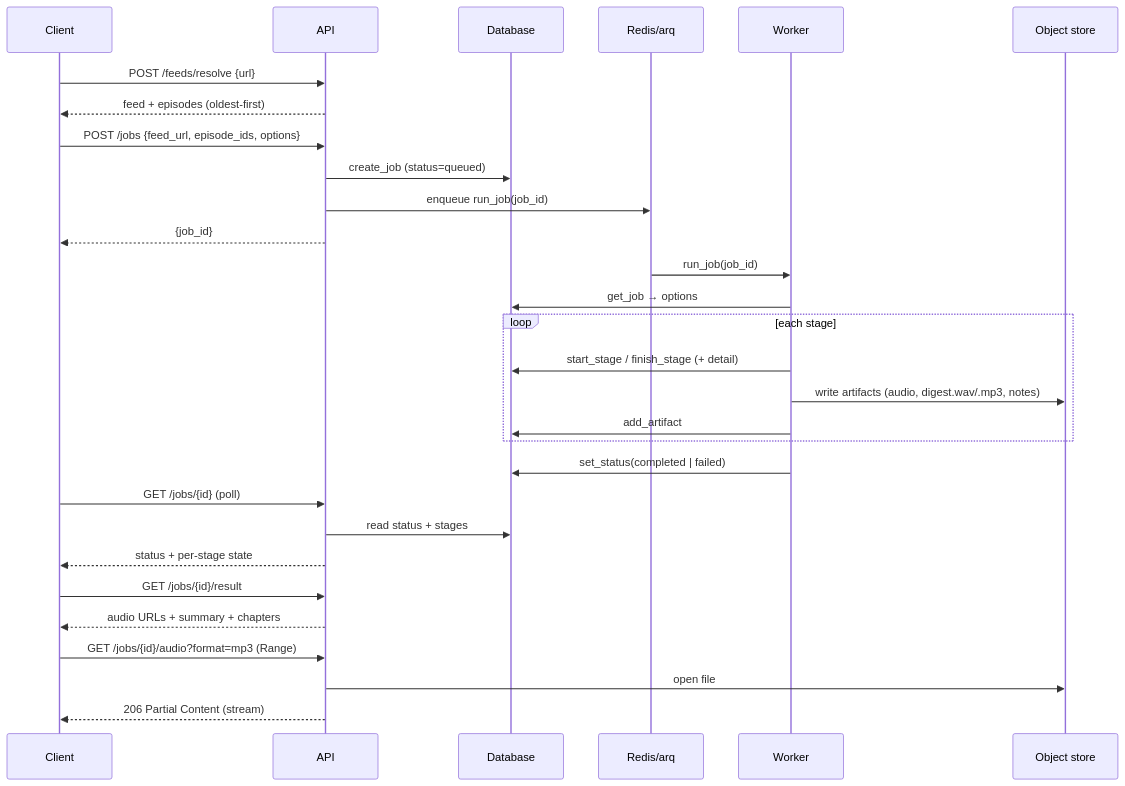
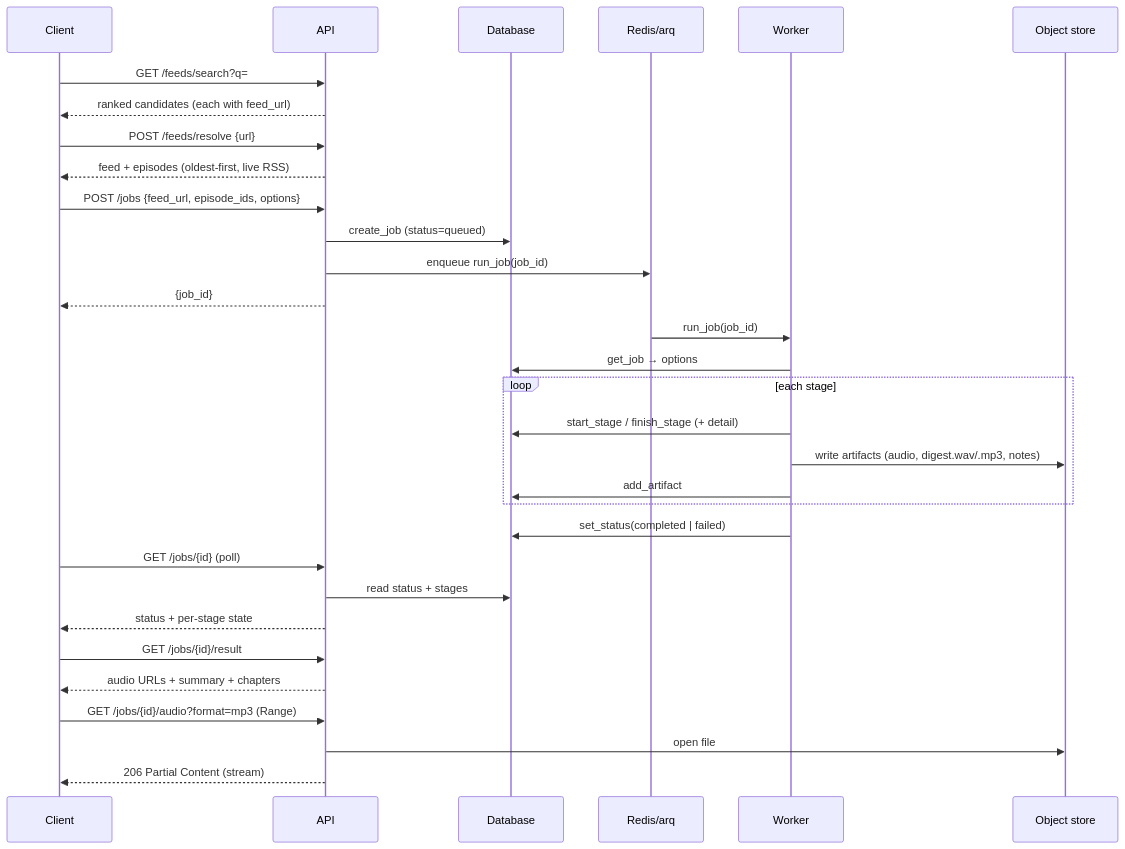
The second of 3 diagrams in docs/architecture.md (behradkhodayar/repodify), drawn with Mermaid before and after one commit. The commit also changed other lines of this file and 43 other files, not shown here.

````diff
--- a/docs/architecture.md
+++ b/docs/architecture.md
@@ -80,34 +81,36 @@
 ```mermaid
 sequenceDiagram
     participant C as Client
     participant A as API
     participant DB as Database
     participant Q as Redis/arq
     participant W as Worker
     participant FS as Object store
 
+    C->>A: GET /feeds/search?q=
+    A-->>C: ranked candidates (each with feed_url)
     C->>A: POST /feeds/resolve {url}
-    A-->>C: feed + episodes (oldest-first)
+    A-->>C: feed + episodes (oldest-first, live RSS)
     C->>A: POST /jobs {feed_url, episode_ids, options}
     A->>DB: create_job (status=queued)
     A->>Q: enqueue run_job(job_id)
     A-->>C: {job_id}
 
     Q->>W: run_job(job_id)
     W->>DB: get_job → options
     loop each stage
         W->>DB: start_stage / finish_stage (+ detail)
         W->>FS: write artifacts (audio, digest.wav/.mp3, notes)
         W->>DB: add_artifact
     end
     W->>DB: set_status(completed | failed)
 
     C->>A: GET /jobs/{id} (poll)
     A->>DB: read status + stages
     A-->>C: status + per-stage state
     C->>A: GET /jobs/{id}/result
     A-->>C: audio URLs + summary + chapters
     C->>A: GET /jobs/{id}/audio?format=mp3 (Range)
     A->>FS: open file
     A-->>C: 206 Partial Content (stream)
 ```
````
